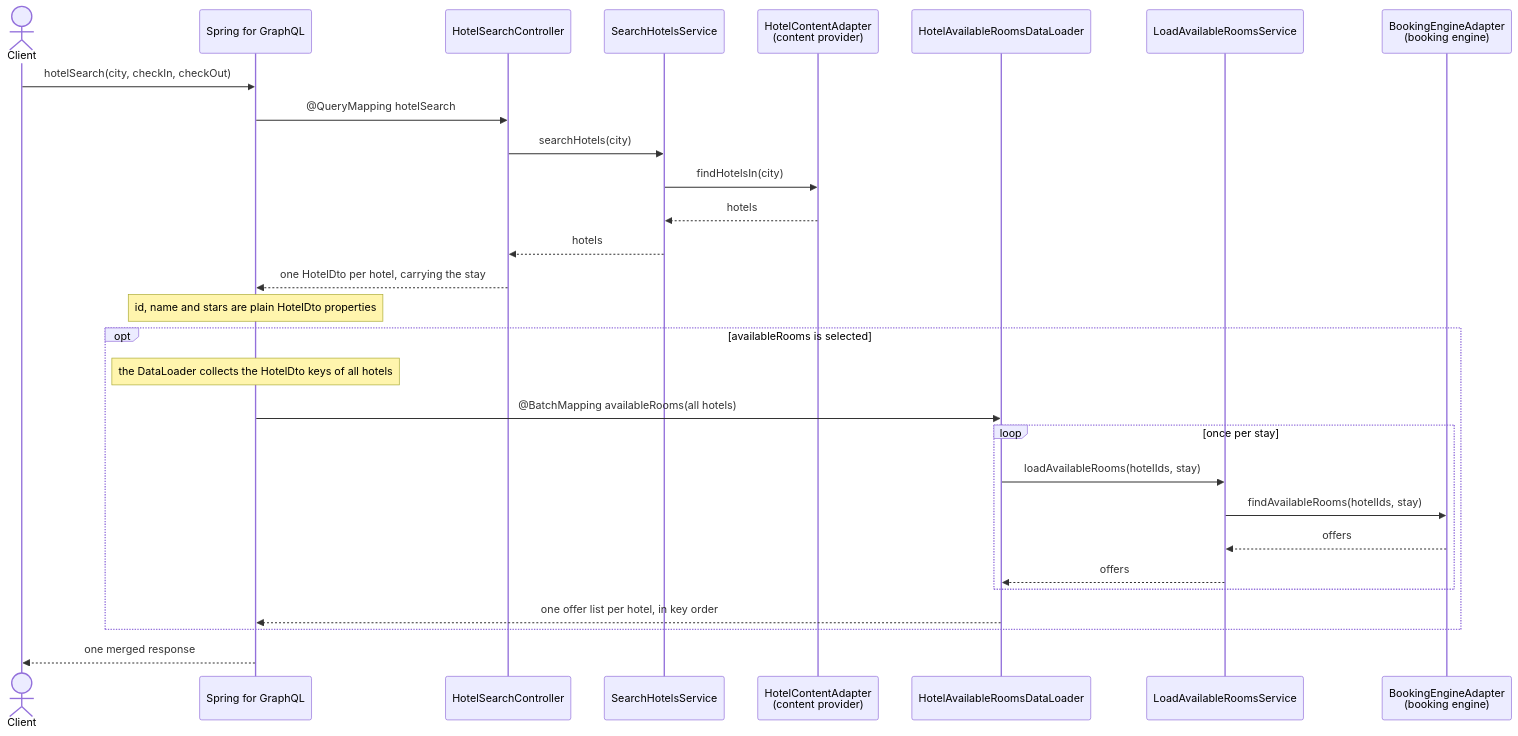
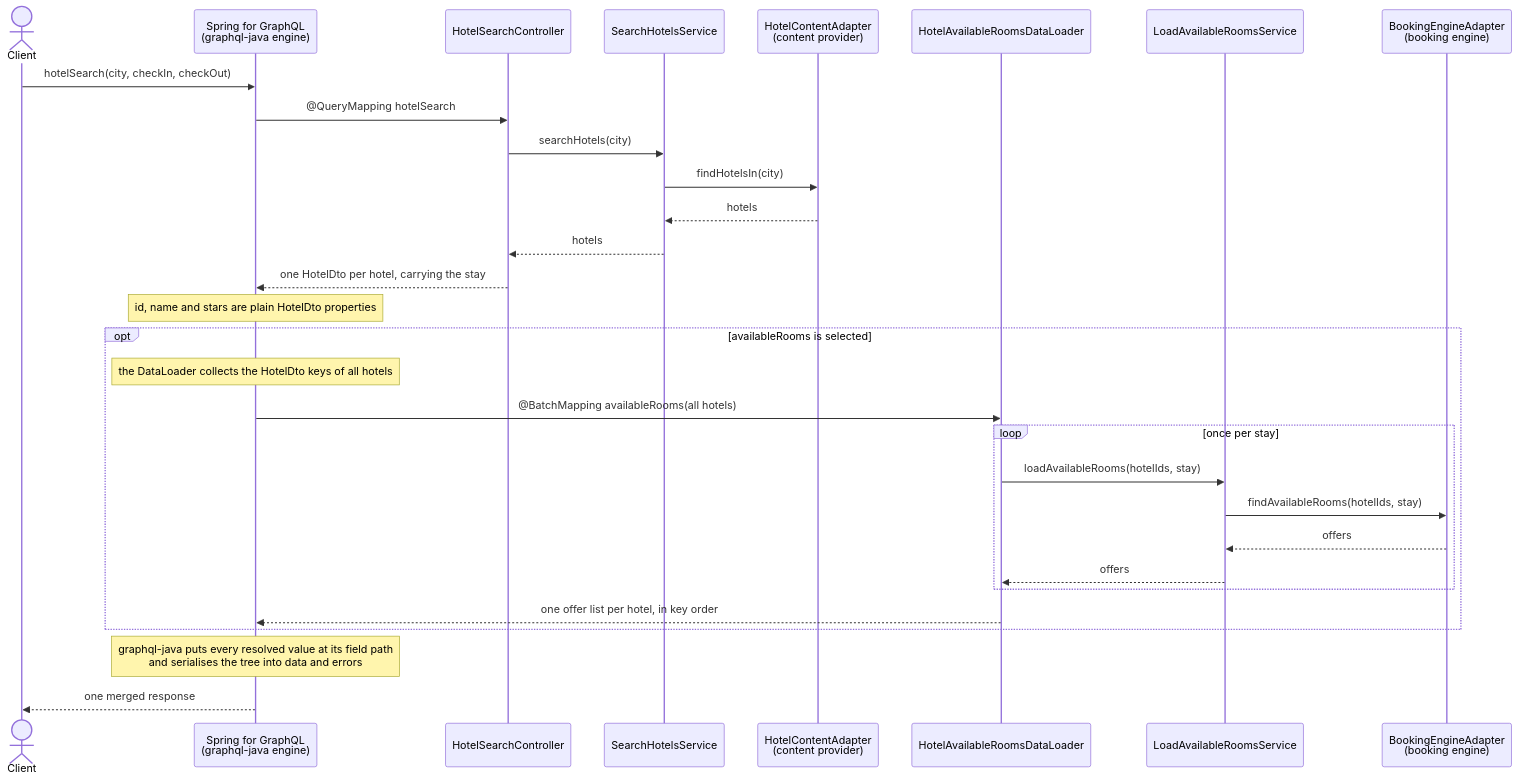
The diagram in examples/spring-for-graphql-multiple-data-sources/README.md (emaarco/spring-gardium-leviosa), drawn with Mermaid before and after one commit. The commit also changed other lines of this file, not shown here.

Commit message:
docs: clarify that graphql-java assembles the response

````diff
--- a/examples/spring-for-graphql-multiple-data-sources/README.md
+++ b/examples/spring-for-graphql-multiple-data-sources/README.md
@@ -95,32 +95,33 @@
 ```mermaid
 sequenceDiagram
     actor Client
-    participant Engine as Spring for GraphQL
+    participant Engine as Spring for GraphQL<br/>(graphql-java engine)
     participant Controller as HotelSearchController
     participant Search as SearchHotelsService
     participant Content as HotelContentAdapter<br/>(content provider)
     participant Loader as HotelAvailableRoomsDataLoader
     participant Rooms as LoadAvailableRoomsService
     participant Booking as BookingEngineAdapter<br/>(booking engine)
 
     Client->>Engine: hotelSearch(city, checkIn, checkOut)
     Engine->>Controller: @QueryMapping hotelSearch
     Controller->>Search: searchHotels(city)
     Search->>Content: findHotelsIn(city)
     Content-->>Search: hotels
     Search-->>Controller: hotels
     Controller-->>Engine: one HotelDto per hotel, carrying the stay
     Note over Engine: id, name and stars are plain HotelDto properties
     opt availableRooms is selected
         Note over Engine: the DataLoader collects the HotelDto keys of all hotels
         Engine->>Loader: @BatchMapping availableRooms(all hotels)
         loop once per stay
             Loader->>Rooms: loadAvailableRooms(hotelIds, stay)
             Rooms->>Booking: findAvailableRooms(hotelIds, stay)
             Booking-->>Rooms: offers
             Rooms-->>Loader: offers
         end
         Loader-->>Engine: one offer list per hotel, in key order
     end
+    Note over Engine: graphql-java puts every resolved value at its field path<br/>and serialises the tree into data and errors
     Engine-->>Client: one merged response
 ```
````
